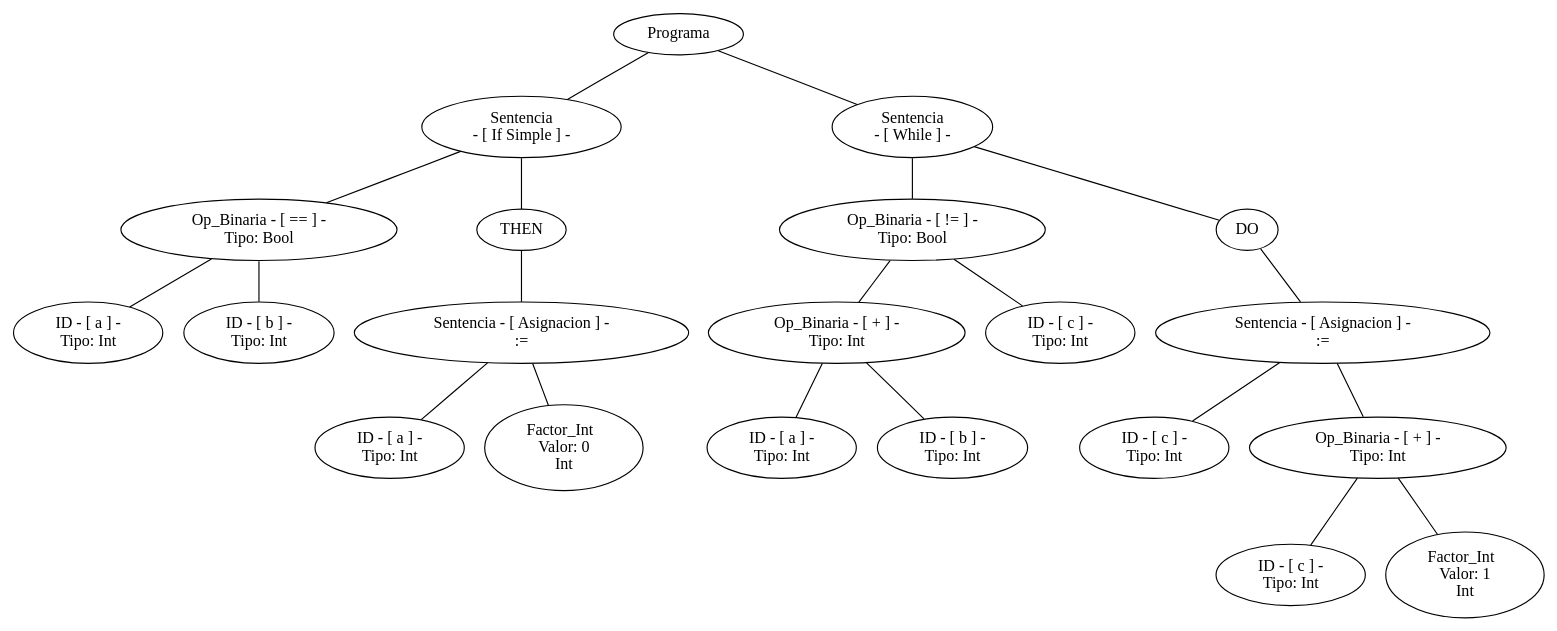
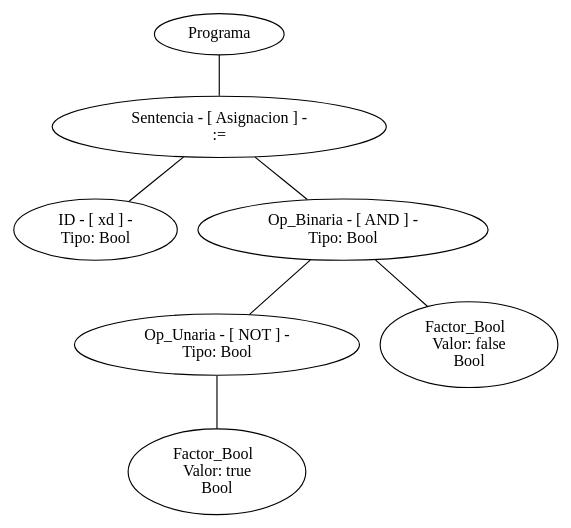
One commit to SantiPerez17/Compiladores changed the diagram in arbol.dot. Above: the diagram before and after it, drawn with Graphviz. The commit also changed 30 other files, not shown here.

```diff
--- a/arbol.dot
+++ b/arbol.dot
@@ -1,62 +1,22 @@
 graph G {nodo_programa[label="Programa"]
-nodo_1163468963[label="Sentencia
- - [ If Simple ] -"]
-nodo_programa--nodo_1163468963
-nodo_1865948896[label=" Op_Binaria - [ == ] - 
+nodo_1886055072[label="Sentencia - [ Asignacion ] -
+ :="]
+nodo_programa--nodo_1886055072
+nodo_1889038844[label=" ID - [ xd ] - 
  Tipo: Bool"]
-nodo_1163468963--nodo_1865948896
-nodo_1506064222[label=" ID - [ a ] - 
- Tipo: Int"]
-nodo_1865948896--nodo_1506064222
-nodo_2115670593[label=" ID - [ b ] - 
- Tipo: Int"]
-nodo_1865948896--nodo_2115670593
-nodo_11634689631[label="THEN"]
-nodo_1163468963--nodo_11634689631
-nodo_321036101[label="Sentencia - [ Asignacion ] -
- :="]
-nodo_11634689631--nodo_321036101
-nodo_2080064714[label=" ID - [ a ] - 
- Tipo: Int"]
-nodo_321036101--nodo_2080064714
-nodo_21605442[label="Factor_Int  
- Valor: 0 
-Int"]
-nodo_321036101--nodo_21605442
-nodo_665335669[label="Sentencia
- - [ While ] -"]
-nodo_programa--nodo_665335669
-nodo_254023212[label=" Op_Binaria - [ != ] - 
+nodo_1886055072--nodo_1889038844
+nodo_696088039[label=" Op_Binaria - [ AND ] - 
  Tipo: Bool"]
-nodo_665335669--nodo_254023212
-nodo_1594045449[label=" Op_Binaria - [ + ] - 
- Tipo: Int"]
-nodo_254023212--nodo_1594045449
-nodo_1116096506[label=" ID - [ a ] - 
- Tipo: Int"]
-nodo_1594045449--nodo_1116096506
-nodo_904048263[label=" ID - [ b ] - 
- Tipo: Int"]
-nodo_1594045449--nodo_904048263
-nodo_801771421[label=" ID - [ c ] - 
- Tipo: Int"]
-nodo_254023212--nodo_801771421
-nodo_6653356691[label="DO"]
-nodo_665335669--nodo_6653356691
-nodo_1328434004[label="Sentencia - [ Asignacion ] -
- :="]
-nodo_6653356691--nodo_1328434004
-nodo_1524143255[label=" ID - [ c ] - 
- Tipo: Int"]
-nodo_1328434004--nodo_1524143255
-nodo_1620354076[label=" Op_Binaria - [ + ] - 
- Tipo: Int"]
-nodo_1328434004--nodo_1620354076
-nodo_1886209714[label=" ID - [ c ] - 
- Tipo: Int"]
-nodo_1620354076--nodo_1886209714
-nodo_906528714[label="Factor_Int  
- Valor: 1 
-Int"]
-nodo_1620354076--nodo_906528714
+nodo_1886055072--nodo_696088039
+nodo_680288464[label=" Op_Unaria - [ NOT ] - 
+ Tipo: Bool"]
+nodo_696088039--nodo_680288464
+nodo_15414460[label="Factor_Bool  
+ Valor: true 
+Bool"]
+nodo_680288464--nodo_15414460
+nodo_712777876[label="Factor_Bool  
+ Valor: false 
+Bool"]
+nodo_696088039--nodo_712777876
 }
```
